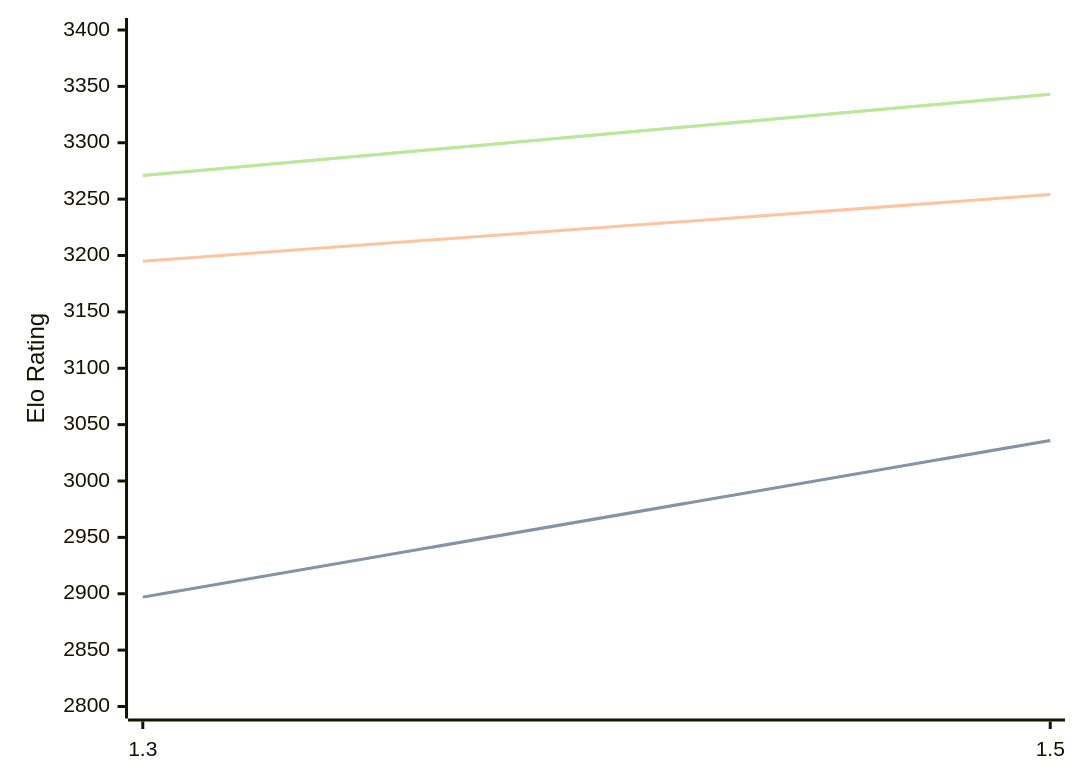
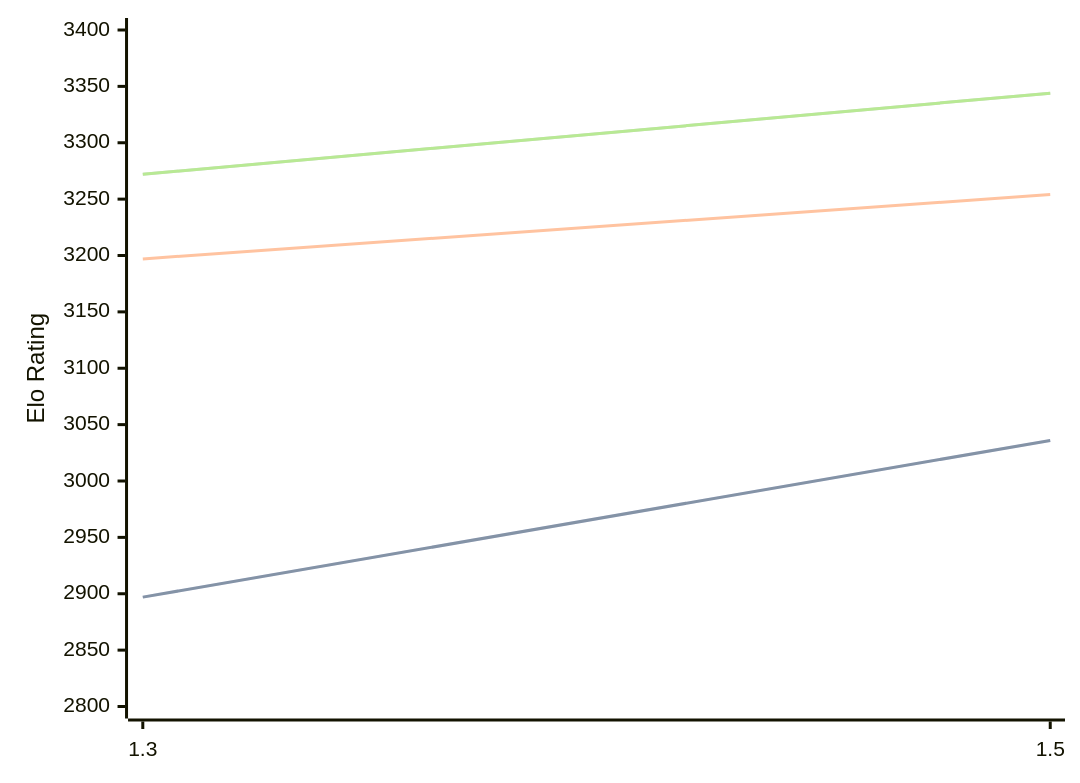
One commit to computer-chess-index/cci changed the third of 3 diagrams in engines/Lambergar.md. Above: the diagram before and after it, drawn with Mermaid. The commit also changed other lines of this file, not shown here.

Commit message:
Update CCI Ratings (ELO VLTC) - 2026-07-17

````diff
--- a/engines/Lambergar.md
+++ b/engines/Lambergar.md
@@ -77,11 +77,11 @@
 ```mermaid
 %%{init: {"theme":"base","themeVariables":{"seriesColors:['#a3a3a3','#222221','#faa371']}}}%%
 xychart-beta
   x-axis ["1.3", "1.5"]
   y-axis "Elo Rating" 2800 --> 3400
   line "STC (8.0+0.08s)" [2897, 3036]
   line "STC (8.0+0.08s)" [2897, 3036]
-  line "LTC (60.0+0.60s)" [3195, 3254]
-  line "VLTC (2m24s+1.12s)" [3271, 3343]
-  line "VLTC (2m24s+1.12s)" [3271, 3343]
+  line "LTC (60.0+0.60s)" [3197, 3254]
+  line "VLTC (2m24s+1.12s)" [3272, 3344]
+  line "VLTC (2m24s+1.12s)" [3272, 3344]
 ```
````
